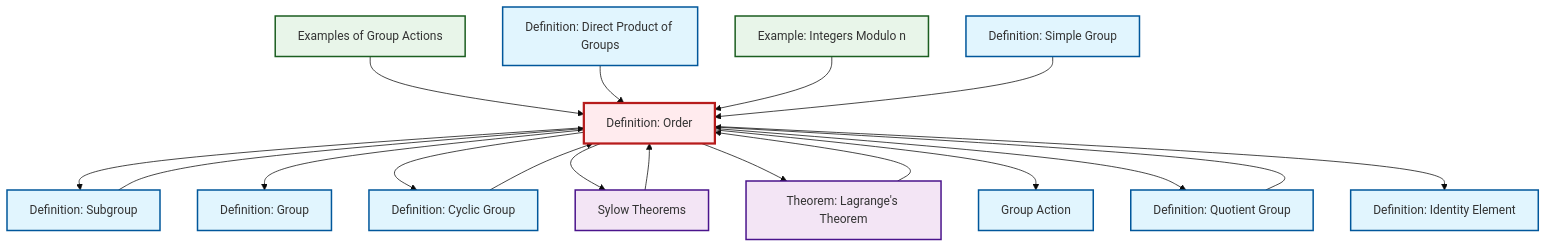
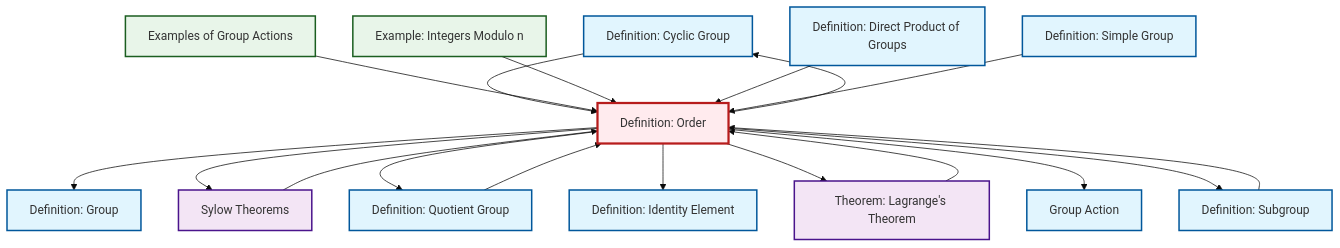
One commit to RK0429/ModernMath changed the diagram in content/ja/algebra/def-order.qmd. Above: the diagram before and after it, drawn with Mermaid (base theme). The commit also changed other lines of this file and 597 other files, not shown here.

````diff
--- a/content/ja/algebra/def-order.qmd
+++ b/content/ja/algebra/def-order.qmd
@@ -112,52 +112,52 @@
 ```{mermaid}
 %%| fig-cap: "Local dependency graph"
 graph TD
     classDef definition fill:#e1f5fe,stroke:#01579b,stroke-width:2px
     classDef theorem fill:#f3e5f5,stroke:#4a148c,stroke-width:2px
     classDef axiom fill:#fff3e0,stroke:#e65100,stroke-width:2px
     classDef example fill:#e8f5e9,stroke:#1b5e20,stroke-width:2px
     classDef current fill:#ffebee,stroke:#b71c1c,stroke-width:3px
+    def-identity-element["Definition: Identity Element"]:::definition
+    def-cyclic-group["Definition: Cyclic Group"]:::definition
+    def-order["Definition: Order"]:::definition
+    def-group-action["Group Action"]:::definition
+    thm-lagrange["Theorem: Lagrange's Theorem"]:::theorem
     def-simple-group["Definition: Simple Group"]:::definition
+    thm-sylow["Sylow Theorems"]:::theorem
+    ex-quotient-integers-mod-n["Example: Integers Modulo n"]:::example
+    ex-group-action-examples["Examples of Group Actions"]:::example
+    def-quotient-group["Definition: Quotient Group"]:::definition
     def-subgroup["Definition: Subgroup"]:::definition
-    thm-sylow["Sylow Theorems"]:::theorem
-    def-order["Definition: Order"]:::definition
-    ex-quotient-integers-mod-n["Example: Integers Modulo n"]:::example
-    def-group-action["Group Action"]:::definition
-    def-quotient-group["Definition: Quotient Group"]:::definition
-    thm-lagrange["Theorem: Lagrange's Theorem"]:::theorem
-    ex-group-action-examples["Examples of Group Actions"]:::example
-    def-cyclic-group["Definition: Cyclic Group"]:::definition
-    def-identity-element["Definition: Identity Element"]:::definition
+    def-direct-product["Definition: Direct Product of Groups"]:::definition
     def-group["Definition: Group"]:::definition
-    def-direct-product["Definition: Direct Product of Groups"]:::definition
+    def-cyclic-group --> def-order
+    thm-lagrange --> def-order
+    def-order --> def-group
+    def-subgroup --> def-order
+    thm-sylow --> def-order
+    def-order --> thm-sylow
+    def-order --> def-quotient-group
+    def-order --> def-cyclic-group
+    ex-group-action-examples --> def-order
+    ex-quotient-integers-mod-n --> def-order
+    def-order --> def-identity-element
+    def-order --> thm-lagrange
+    def-order --> def-group-action
     def-order --> def-subgroup
-    def-order --> def-group
-    def-order --> def-cyclic-group
-    def-order --> thm-sylow
+    def-direct-product --> def-order
     def-quotient-group --> def-order
-    ex-group-action-examples --> def-order
-    def-subgroup --> def-order
-    def-direct-product --> def-order
-    ex-quotient-integers-mod-n --> def-order
-    thm-lagrange --> def-order
-    def-order --> thm-lagrange
     def-simple-group --> def-order
-    def-order --> def-group-action
-    thm-sylow --> def-order
-    def-order --> def-quotient-group
-    def-cyclic-group --> def-order
-    def-order --> def-identity-element
     class def-order current
+    click def-identity-element "def-identity-element.html" "Definition: Identity Elementへ"
+    click def-cyclic-group "def-cyclic-group.html" "Definition: Cyclic Groupへ"
+    click def-group-action "def-group-action.html" "Group Actionへ"
+    click thm-lagrange "thm-lagrange.html" "Theorem: Lagrange's Theoremへ"
     click def-simple-group "def-simple-group.html" "Definition: Simple Groupへ"
-    click def-subgroup "def-subgroup.html" "Definition: Subgroupへ"
     click thm-sylow "thm-sylow.html" "Sylow Theoremsへ"
     click ex-quotient-integers-mod-n "ex-quotient-integers-mod-n.html" "Example: Integers Modulo nへ"
-    click def-group-action "def-group-action.html" "Group Actionへ"
+    click ex-group-action-examples "ex-group-action-examples.html" "Examples of Group Actionsへ"
     click def-quotient-group "def-quotient-group.html" "Definition: Quotient Groupへ"
-    click thm-lagrange "thm-lagrange.html" "Theorem: Lagrange's Theoremへ"
-    click ex-group-action-examples "ex-group-action-examples.html" "Examples of Group Actionsへ"
-    click def-cyclic-group "def-cyclic-group.html" "Definition: Cyclic Groupへ"
-    click def-identity-element "def-identity-element.html" "Definition: Identity Elementへ"
+    click def-subgroup "def-subgroup.html" "Definition: Subgroupへ"
+    click def-direct-product "def-direct-product.html" "Definition: Direct Product of Groupsへ"
     click def-group "def-group.html" "Definition: Groupへ"
-    click def-direct-product "def-direct-product.html" "Definition: Direct Product of Groupsへ"
 ```
````
